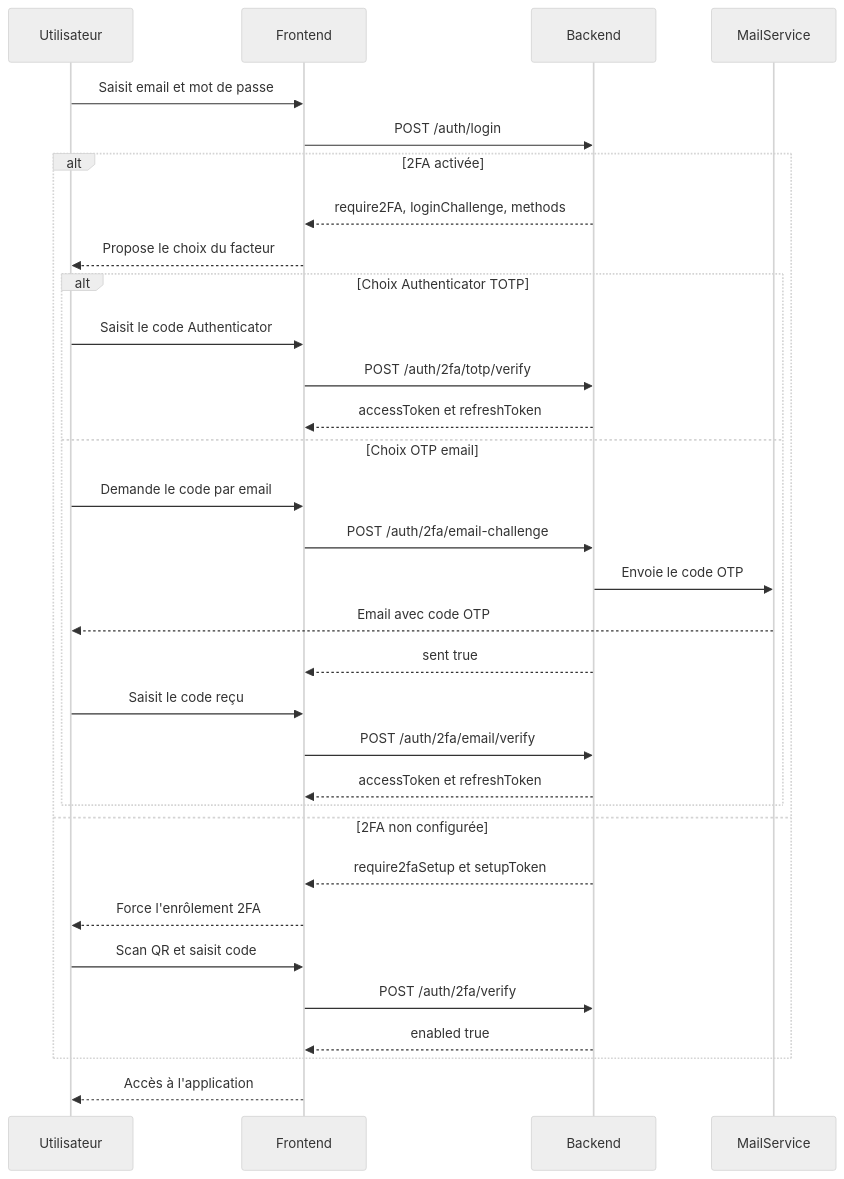
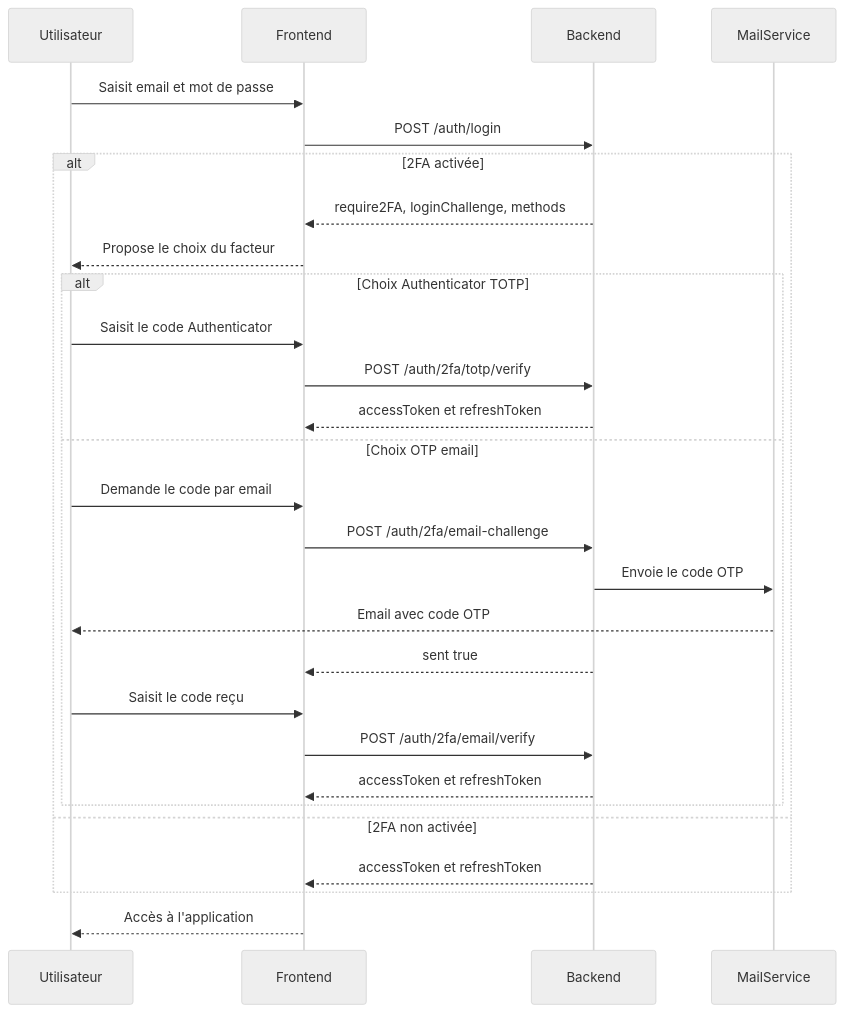
One commit to raDominique/commercegestion_front changed the diagram in docs/renforcement_securite.md. Above: the diagram before and after it, drawn with Mermaid (neutral theme). The commit also changed other lines of this file and 7 other files, not shown here.

````diff
--- a/docs/renforcement_securite.md
+++ b/docs/renforcement_securite.md
@@ -5,35 +5,31 @@
 ```mermaid
 sequenceDiagram
     participant U as Utilisateur
     participant F as Frontend
     participant B as Backend
     participant M as MailService
 
     U->>F: Saisit email et mot de passe
     F->>B: POST /auth/login
     alt 2FA activée
         B-->>F: require2FA, loginChallenge, methods
         F-->>U: Propose le choix du facteur
         alt Choix Authenticator TOTP
             U->>F: Saisit le code Authenticator
             F->>B: POST /auth/2fa/totp/verify
             B-->>F: accessToken et refreshToken
         else Choix OTP email
             U->>F: Demande le code par email
             F->>B: POST /auth/2fa/email-challenge
             B->>M: Envoie le code OTP
             M-->>U: Email avec code OTP
             B-->>F: sent true
             U->>F: Saisit le code reçu
             F->>B: POST /auth/2fa/email/verify
             B-->>F: accessToken et refreshToken
         end
-    else 2FA non configurée
-        B-->>F: require2faSetup et setupToken
-        F-->>U: Force l'enrôlement 2FA
-        U->>F: Scan QR et saisit code
-        F->>B: POST /auth/2fa/verify
-        B-->>F: enabled true
+    else 2FA non activée
+        B-->>F: accessToken et refreshToken
     end
     F-->>U: Accès à l'application
 ```
````
